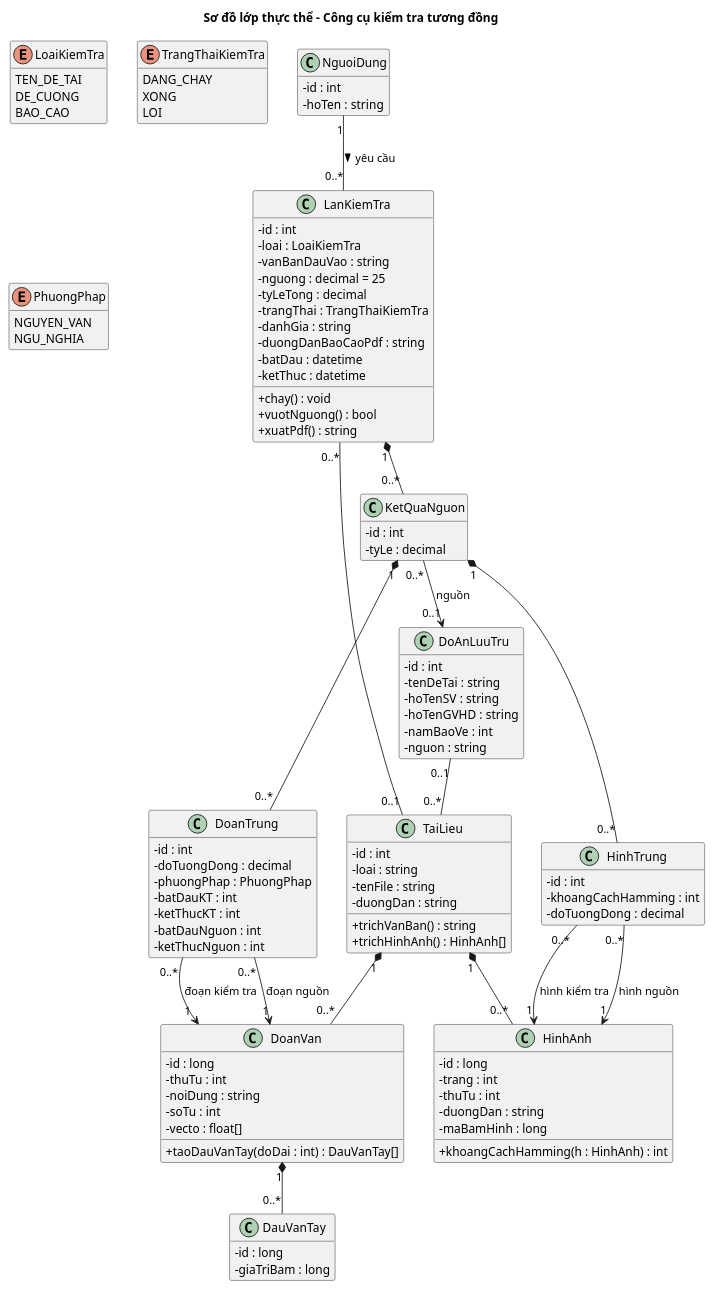
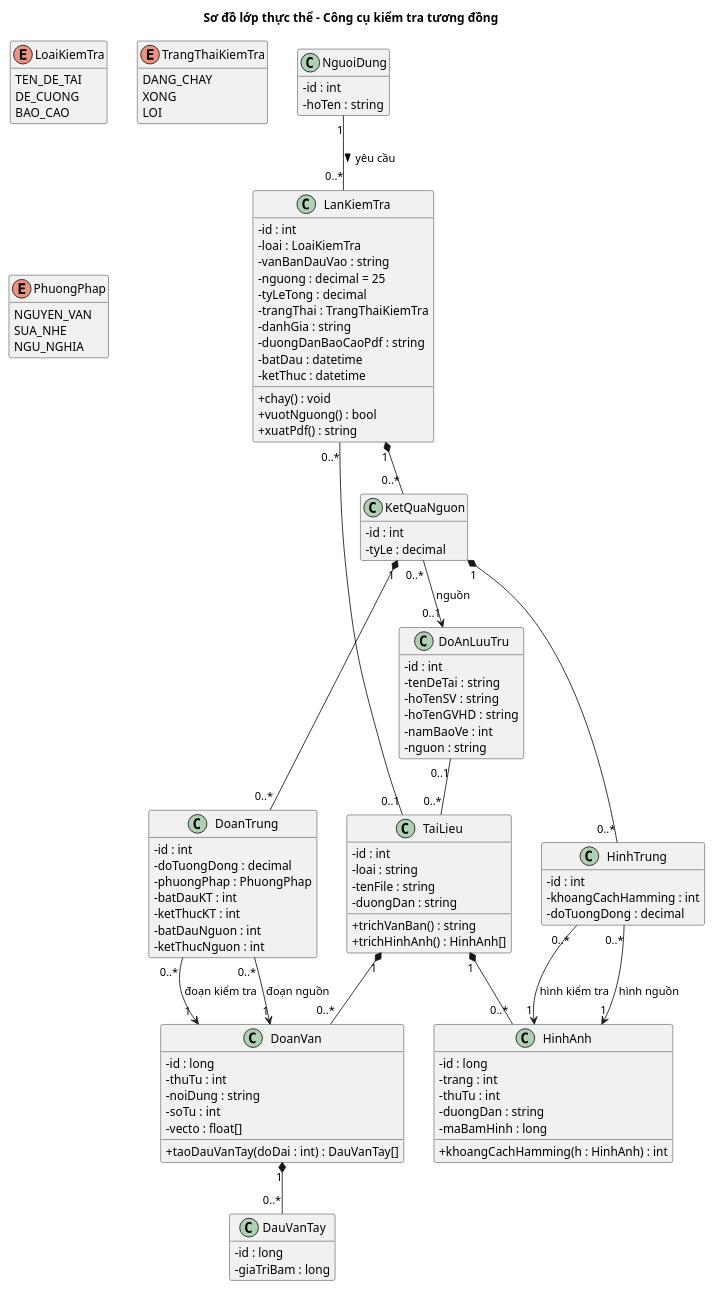
The diagram in docs/chuong-3-thiet-ke/nhap/class_kiem_tra.puml (dtc235200036-alt/ICTU-DATN-NguyenThiMaiAnh), drawn with PlantUML before and after one commit. The commit also changed 31 other files, not shown here.

```diff
--- a/docs/chuong-3-thiet-ke/nhap/class_kiem_tra.puml
+++ b/docs/chuong-3-thiet-ke/nhap/class_kiem_tra.puml
@@ -1,121 +1,122 @@
 @startuml
 title Sơ đồ lớp thực thể – Công cụ kiểm tra tương đồng
 skinparam defaultFontName Arial
 skinparam classAttributeIconSize 0
 hide empty methods
 
 enum LoaiKiemTra {
   TEN_DE_TAI
   DE_CUONG
   BAO_CAO
 }
 enum TrangThaiKiemTra {
   DANG_CHAY
   XONG
   LOI
 }
 enum PhuongPhap {
   NGUYEN_VAN
+  SUA_NHE
   NGU_NGHIA
 }
 
 class NguoiDung {
   - id : int
   - hoTen : string
 }
 
 class TaiLieu {
   - id : int
   - loai : string
   - tenFile : string
   - duongDan : string
   + trichVanBan() : string
   + trichHinhAnh() : HinhAnh[]
 }
 
 class DoAnLuuTru {
   - id : int
   - tenDeTai : string
   - hoTenSV : string
   - hoTenGVHD : string
   - namBaoVe : int
   - nguon : string
 }
 
 class DoanVan {
   - id : long
   - thuTu : int
   - noiDung : string
   - soTu : int
   - vecto : float[]
   + taoDauVanTay(doDai : int) : DauVanTay[]
 }
 
 class DauVanTay {
   - id : long
   - giaTriBam : long
 }
 
 class HinhAnh {
   - id : long
   - trang : int
   - thuTu : int
   - duongDan : string
   - maBamHinh : long
   + khoangCachHamming(h : HinhAnh) : int
 }
 
 class LanKiemTra {
   - id : int
   - loai : LoaiKiemTra
   - vanBanDauVao : string
   - nguong : decimal = 25
   - tyLeTong : decimal
   - trangThai : TrangThaiKiemTra
   - danhGia : string
   - duongDanBaoCaoPdf : string
   - batDau : datetime
   - ketThuc : datetime
   + chay() : void
   + vuotNguong() : bool
   + xuatPdf() : string
 }
 
 class KetQuaNguon {
   - id : int
   - tyLe : decimal
 }
 
 class DoanTrung {
   - id : int
   - doTuongDong : decimal
   - phuongPhap : PhuongPhap
   - batDauKT : int
   - ketThucKT : int
   - batDauNguon : int
   - ketThucNguon : int
 }
 
 class HinhTrung {
   - id : int
   - khoangCachHamming : int
   - doTuongDong : decimal
 }
 
 DoAnLuuTru "0..1" -- "0..*" TaiLieu
 TaiLieu "1" *-- "0..*" DoanVan
 TaiLieu "1" *-- "0..*" HinhAnh
 DoanVan "1" *-- "0..*" DauVanTay
 
 NguoiDung "1" -- "0..*" LanKiemTra : yêu cầu >
 TaiLieu "0..1" -- "0..*" LanKiemTra
 LanKiemTra "1" *-- "0..*" KetQuaNguon
 KetQuaNguon "0..*" --> "0..1" DoAnLuuTru : nguồn
 KetQuaNguon "1" *-- "0..*" DoanTrung
 KetQuaNguon "1" *-- "0..*" HinhTrung
 
 DoanTrung "0..*" --> "1" DoanVan : đoạn kiểm tra
 DoanTrung "0..*" --> "1" DoanVan : đoạn nguồn
 HinhTrung "0..*" --> "1" HinhAnh : hình kiểm tra
 HinhTrung "0..*" --> "1" HinhAnh : hình nguồn
 @enduml
```
